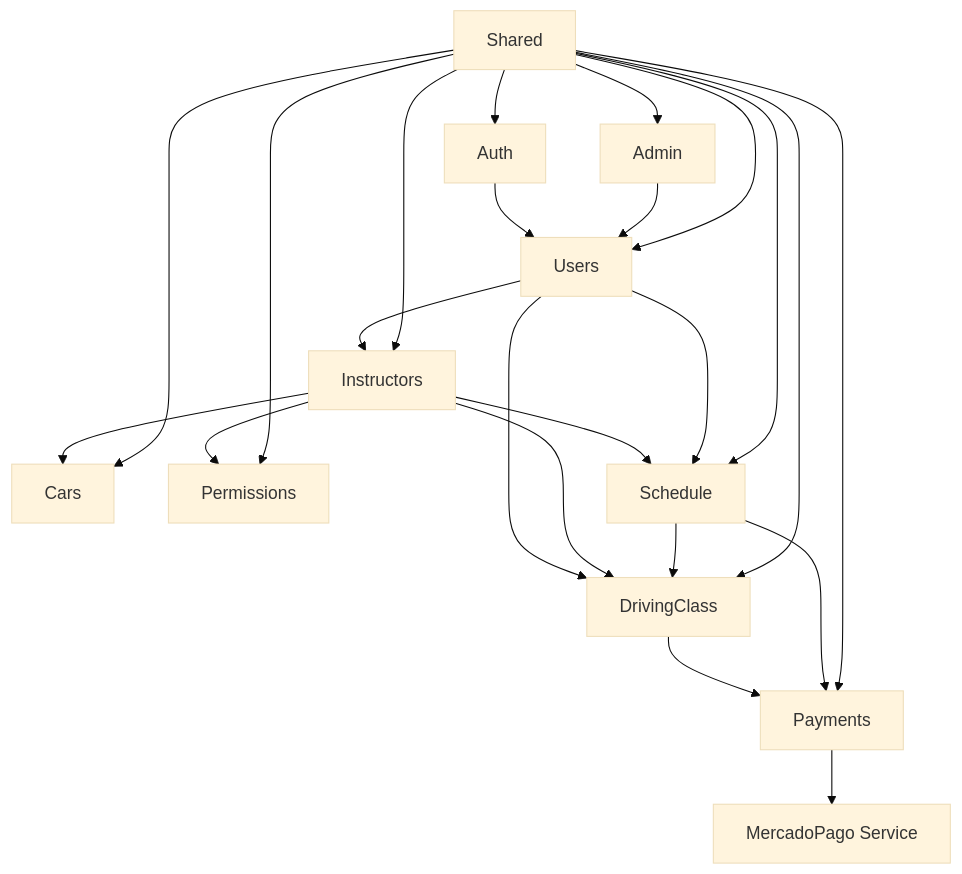
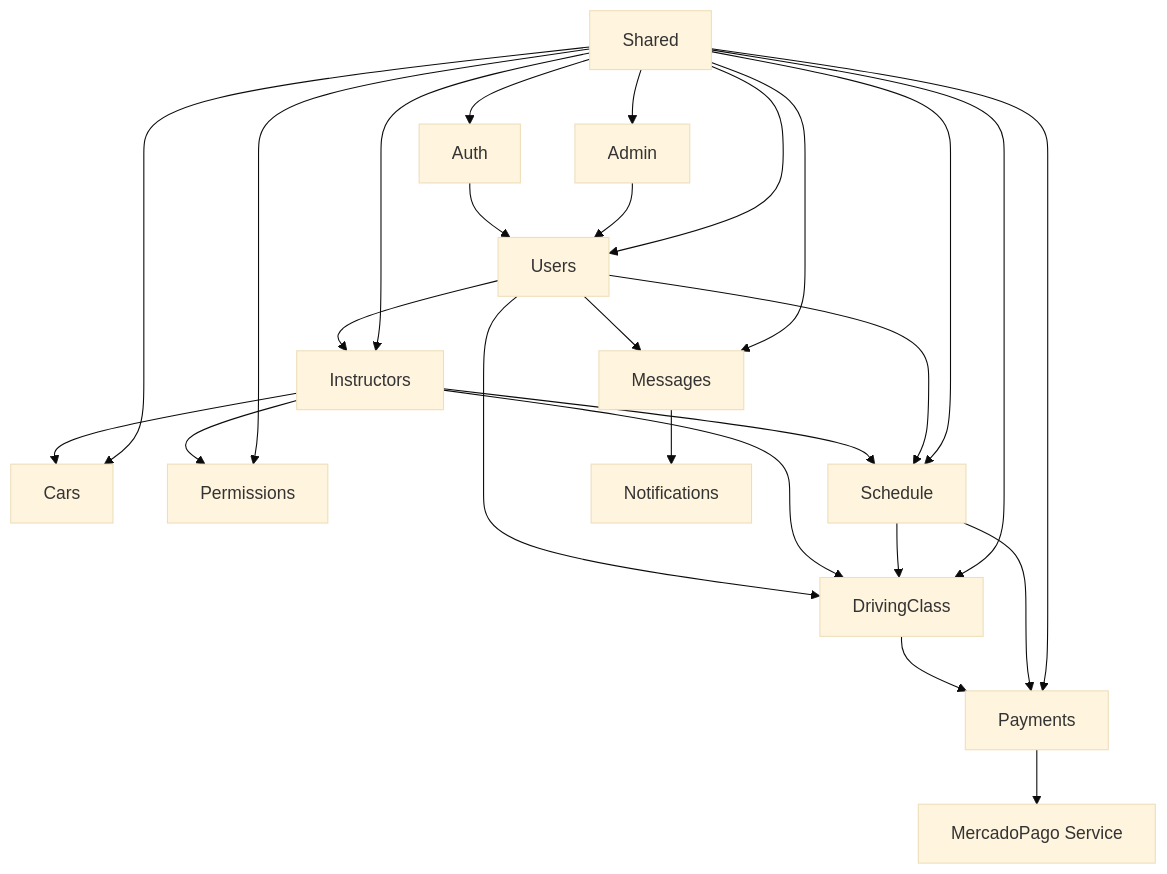
The diagram in docs/ARCHITECTURE.md (GonzaFonzalida/ManejApp), drawn with Mermaid (base theme) before and after one commit. The commit also changed other lines of this file and 23 other files, not shown here.

````diff
--- a/docs/ARCHITECTURE.md
+++ b/docs/ARCHITECTURE.md
@@ -114,25 +126,28 @@
 ```mermaid
 graph TD
     A[Auth] --> B[Users]
     B --> C[Instructors]
     C --> D[Cars]
     C --> E[Permissions]
     B --> F[DrivingClass]
     C --> F
     F --> G[Payments]
     G --> H[MercadoPago Service]
     C --> I[Schedule]
     B --> I
     I --> F
     I --> G
+    B --> L[Messages]
+    L --> M[Notifications]
     J[Admin] --> B
     K[Shared] --> A
     K --> B
     K --> C
     K --> D
     K --> E
     K --> F
     K --> G
     K --> I
     K --> J
+    K --> L
 ```
````
